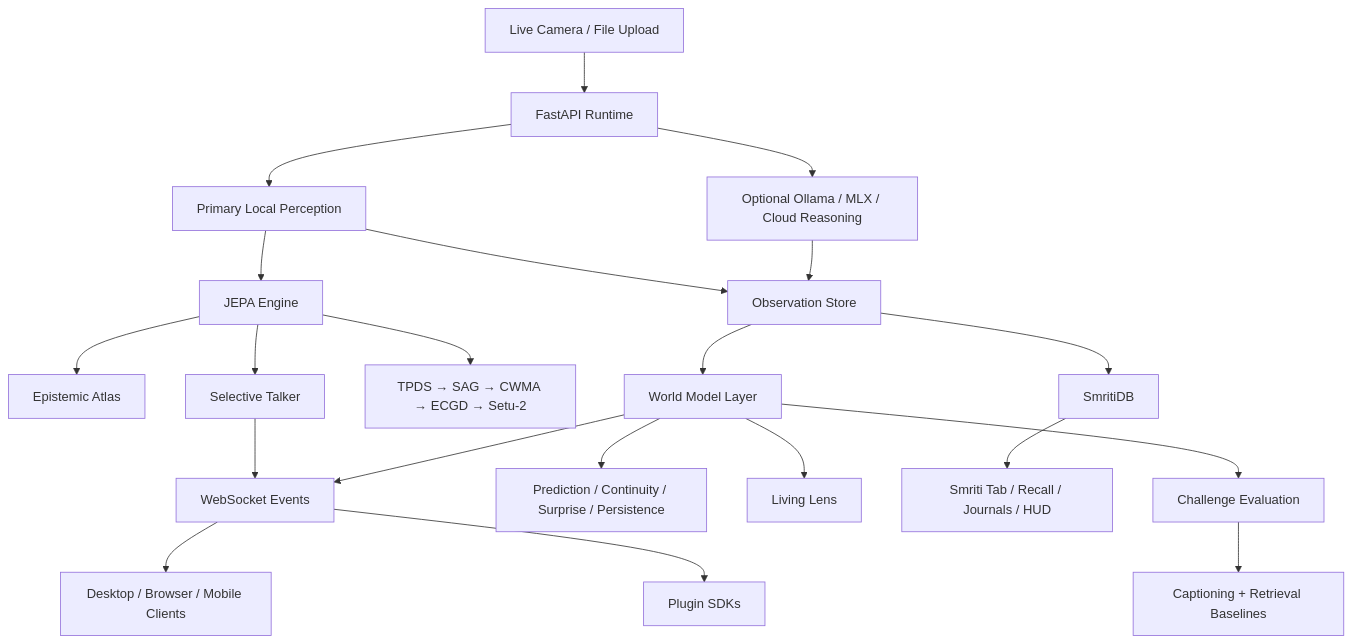
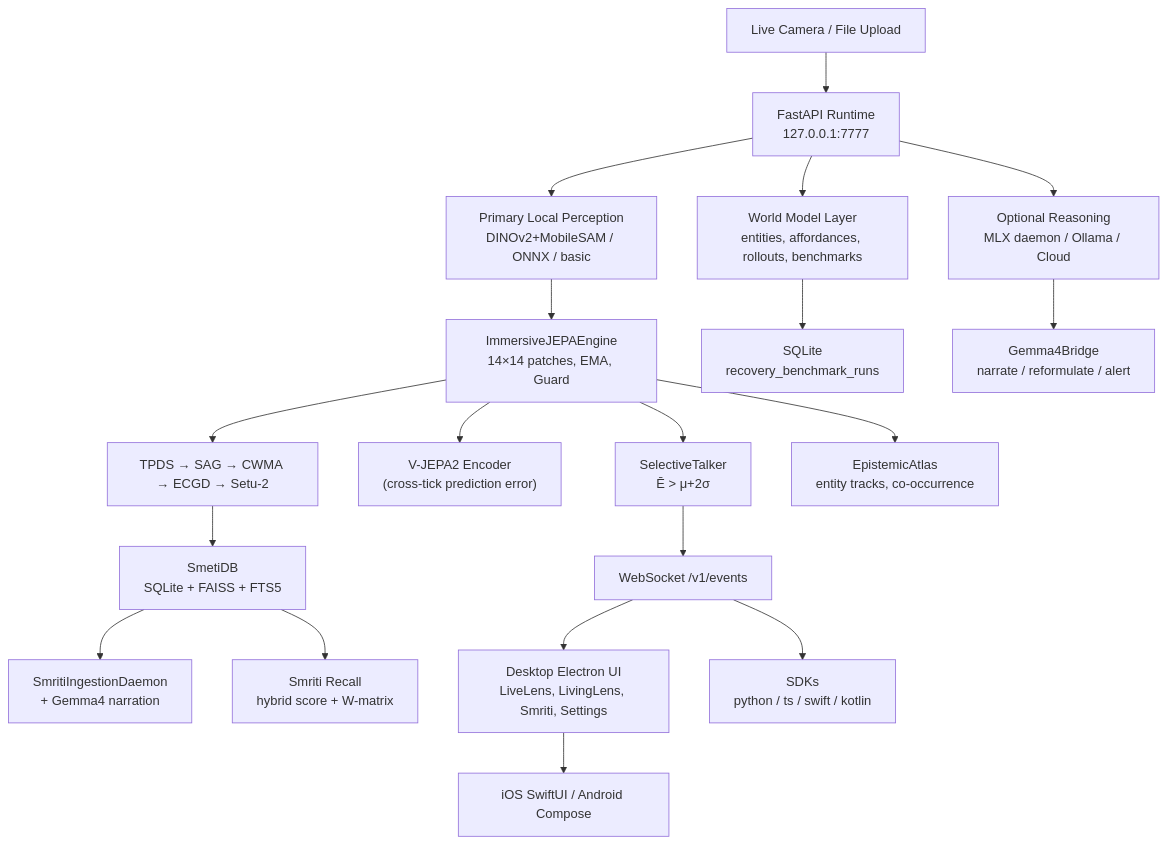
One commit to NeoOne601/Toori changed the diagram in CLAUDE.md. Above: the diagram before and after it, drawn with Mermaid. The commit also changed other lines of this file, not shown here.

First line of the commit message:
docs: comprehensive CLAUDE.md rewrite — full project evaluation

````diff
--- a/CLAUDE.md
+++ b/CLAUDE.md
@@ -43,23 +622,21 @@
 ```mermaid
 flowchart TB
-  Camera["Live Camera / File Upload"] --> Runtime["FastAPI Runtime"]
-  Runtime --> Perception["Primary Local Perception"]
-  Perception --> JEPA["JEPA Engine"]
-  JEPA --> EpistemicAtlas["Epistemic Atlas"]
-  JEPA --> Talker["Selective Talker"]
-  JEPA --> SmritiPipeline["TPDS → SAG → CWMA → ECGD → Setu-2"]
-  Talker --> Events["WebSocket Events"]
-  Perception --> Store["Observation Store"]
-  Store --> SmritiDB["SmritiDB"]
-  Store --> World["World Model Layer"]
-  World --> Metrics["Prediction / Continuity / Surprise / Persistence"]
-  World --> Living["Living Lens"]
-  SmritiDB --> SmritiUI["Smriti Tab / Recall / Journals / HUD"]
-  World --> Challenge["Challenge Evaluation"]
-  Challenge --> Baselines["Captioning + Retrieval Baselines"]
-  Runtime --> Reasoning["Optional Ollama / MLX / Cloud Reasoning"]
-  Reasoning --> Store
-  World --> Events
-  Events --> UI["Desktop / Browser / Mobile Clients"]
-  Events --> SDK["Plugin SDKs"]
+  Camera["Live Camera / File Upload"] --> Runtime["FastAPI Runtime\n127.0.0.1:7777"]
+  Runtime --> Perception["Primary Local Perception\nDINOv2+MobileSAM / ONNX / basic"]
+  Perception --> JEPA["ImmersiveJEPAEngine\n14×14 patches, EMA, Guard"]
+  JEPA --> Pipeline["TPDS → SAG → CWMA → ECGD → Setu-2"]
+  JEPA --> VJ2["V-JEPA2 Encoder\n(cross-tick prediction error)"]
+  JEPA --> Talker["SelectiveTalker\nĒ > μ+2σ"]
+  JEPA --> Atlas["EpistemicAtlas\nentity tracks, co-occurrence"]
+  Pipeline --> SmritiDB["SmetiDB\nSQLite + FAISS + FTS5"]
+  SmritiDB --> Ingestion["SmritiIngestionDaemon\n+ Gemma4 narration"]
+  SmritiDB --> Recall["Smriti Recall\nhybrid score + W-matrix"]
+  Talker --> Events["WebSocket /v1/events"]
+  Runtime --> WorldModel["World Model Layer\nentities, affordances, rollouts, benchmarks"]
+  WorldModel --> SQLite["SQLite\nrecovery_benchmark_runs"]
+  Runtime --> Reasoning["Optional Reasoning\nMLX daemon / Ollama / Cloud"]
+  Reasoning --> Gemma4["Gemma4Bridge\nnarrate / reformulate / alert"]
+  Events --> UI["Desktop Electron UI\nLiveLens, LivingLens, Smriti, Settings"]
+  Events --> SDK["SDKs\npython / ts / swift / kotlin"]
+  UI --> Mobile["iOS SwiftUI / Android Compose"]
 ```
````
